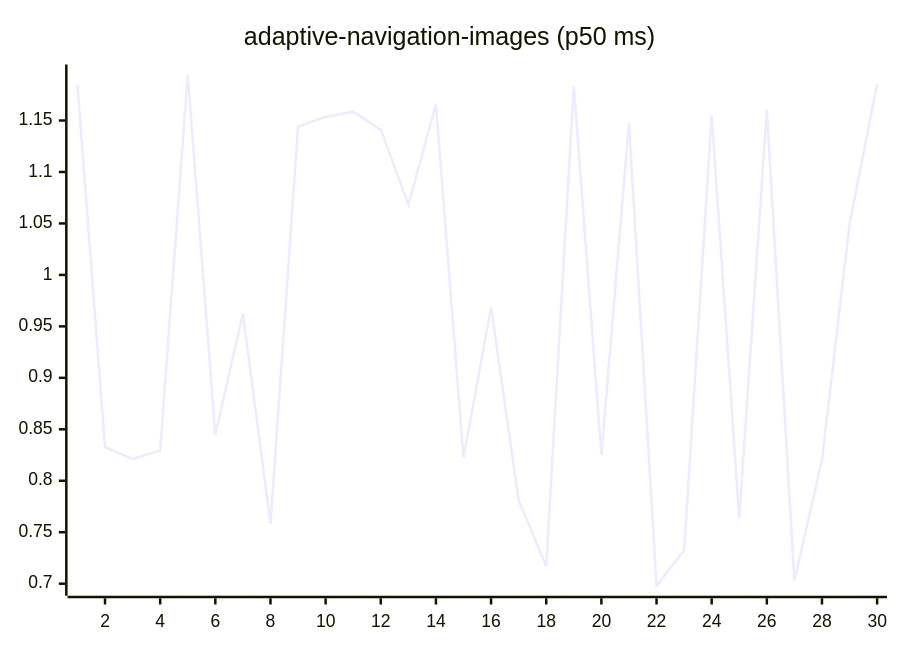
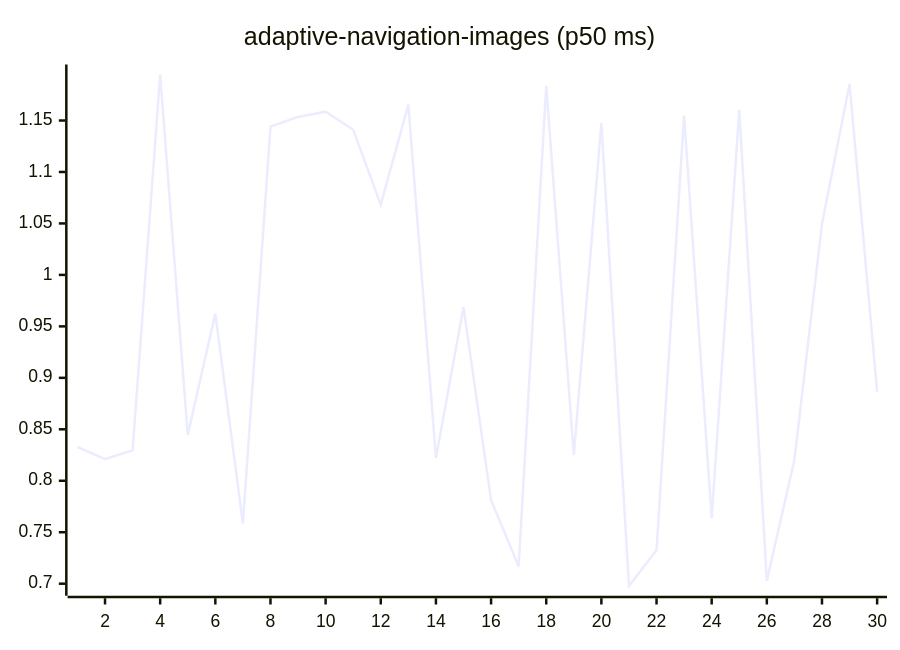
One commit to josha/Facet changed the first of 27 diagrams in README.md. Above: the diagram before and after it, drawn with Mermaid. The commit also changed other lines of this file and 2 other files, not shown here.

````diff
--- a/README.md
+++ b/README.md
@@ -63,6 +63,6 @@
 ```mermaid
 xychart-beta
     title "adaptive-navigation-images (p50 ms)"
     x-axis 1 --> 30
-    line [1.1845, 0.8328, 0.8211, 0.8295, 1.1947, 0.8446, 0.9624, 0.7583, 1.1441, 1.1535, 1.1586, 1.1410, 1.0683, 1.1655, 0.8222, 0.9687, 0.7812, 0.7168, 1.1836, 0.8250, 1.1478, 0.6980, 0.7325, 1.1549, 0.7635, 1.1603, 0.7028, 0.8201, 1.0494, 1.1854]
+    line [0.8328, 0.8211, 0.8295, 1.1947, 0.8446, 0.9624, 0.7583, 1.1441, 1.1535, 1.1586, 1.1410, 1.0683, 1.1655, 0.8222, 0.9687, 0.7812, 0.7168, 1.1836, 0.8250, 1.1478, 0.6980, 0.7325, 1.1549, 0.7635, 1.1603, 0.7028, 0.8201, 1.0494, 1.1854, 0.8867]
 ```
````
